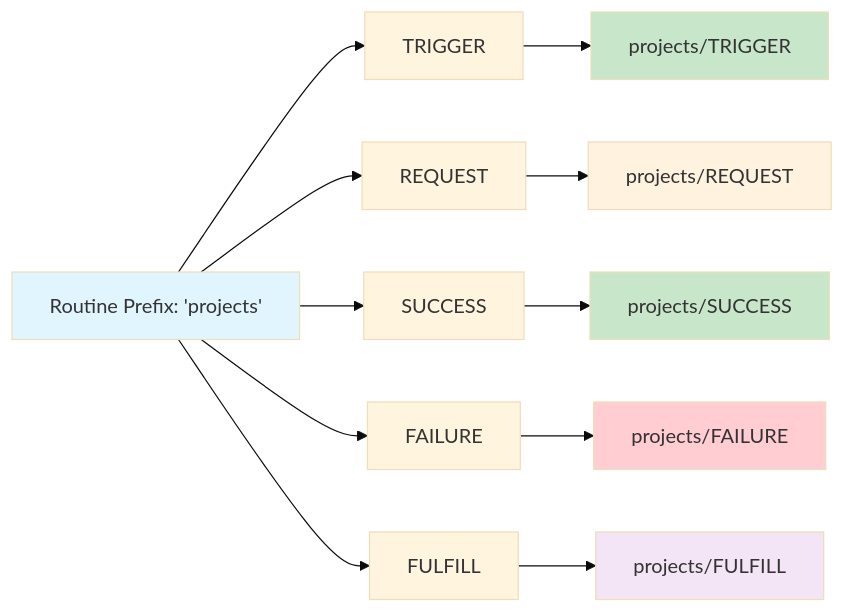
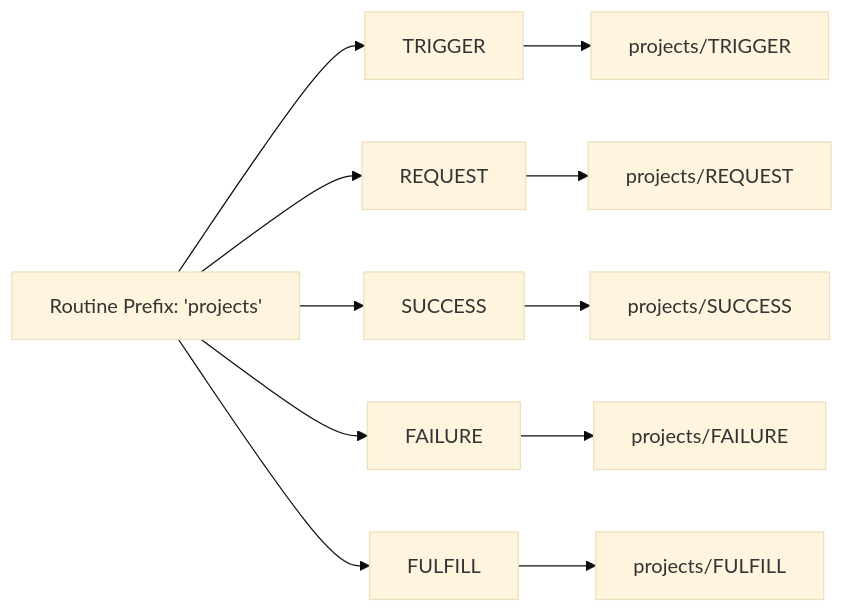
The diagram in public/api/articles/extend-routines.md (shapkarin/shapkarin.me), drawn with Mermaid (base theme) before and after one commit. The commit also changed other lines of this file and 67 other files, not shown here.

````diff
--- a/public/api/articles/extend-routines.md
+++ b/public/api/articles/extend-routines.md
@@ -56,21 +60,14 @@
 ```mermaid
 graph LR
     A[Routine Prefix: 'projects'] --> B[TRIGGER]
     A --> C[REQUEST]
     A --> D[SUCCESS]
     A --> E[FAILURE]
     A --> F[FULFILL]
     
     B --> G[projects/TRIGGER]
     C --> H[projects/REQUEST]
     D --> I[projects/SUCCESS]
     E --> J[projects/FAILURE]
     F --> K[projects/FULFILL]
-    
-    style A fill:#e1f5fe
-    style G fill:#c8e6c9
-    style H fill:#fff3e0
-    style I fill:#c8e6c9
-    style J fill:#ffcdd2
-    style K fill:#f3e5f5
 ```
````
